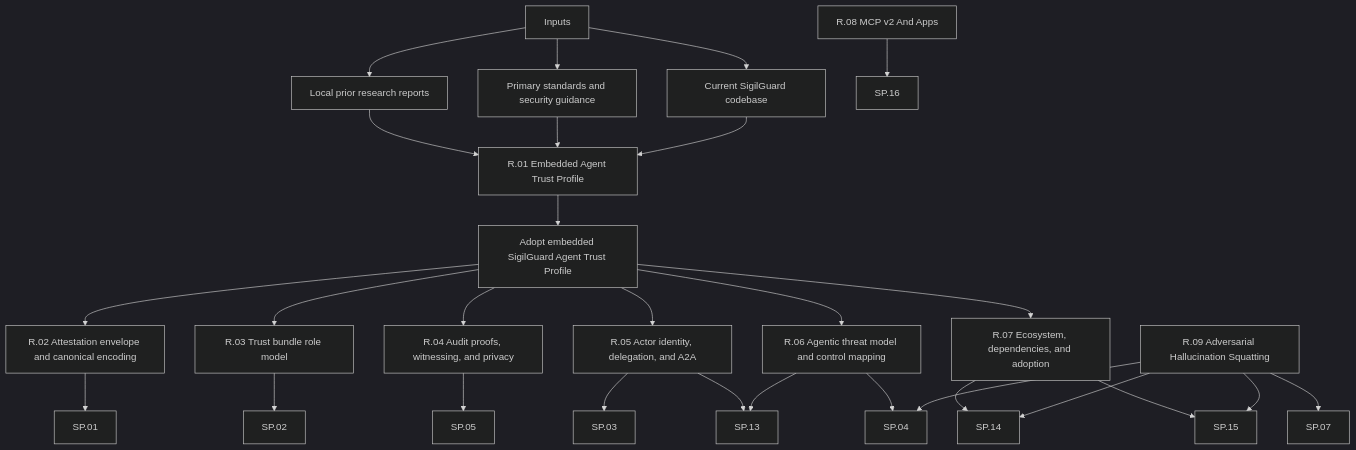
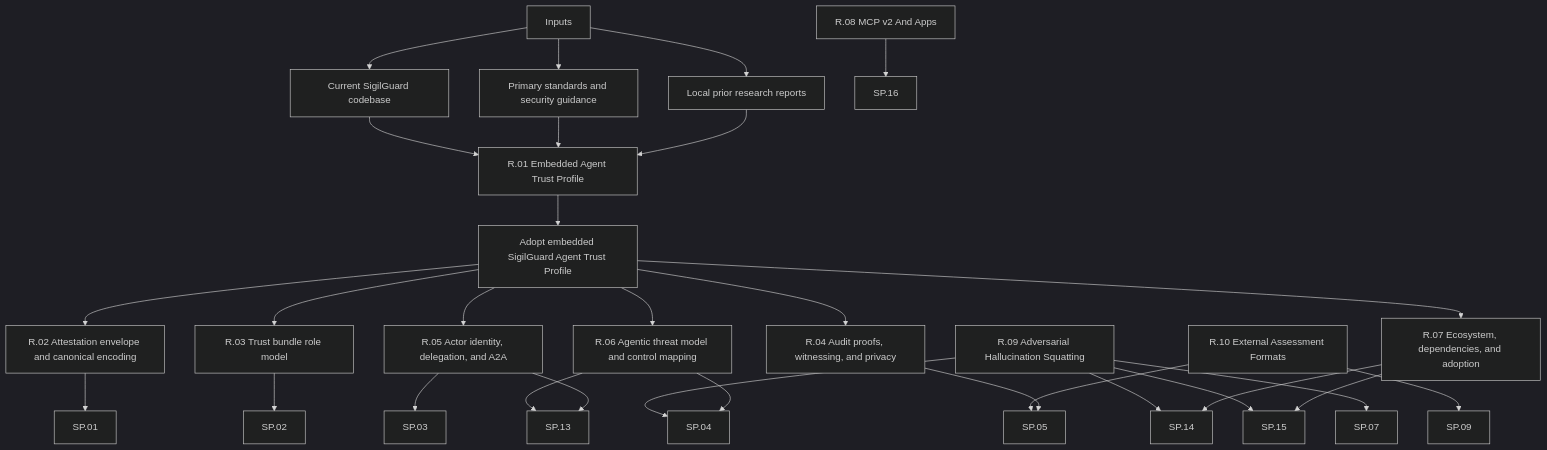
Before and after one commit to futhr/sigil_guard: the diagram in docs/research/README.md, drawn with Mermaid (dark theme). The commit also changed other lines of this file and 11 other files, not shown here.

````diff
--- a/docs/research/README.md
+++ b/docs/research/README.md
@@ -9,37 +9,40 @@
 ```mermaid
 flowchart TD
     Inputs[Inputs]
     Inputs --> Reports[Local prior research reports]
     Inputs --> Standards[Primary standards and security guidance]
     Inputs --> Code[Current SigilGuard codebase]
 
     Reports --> R01[R.01 Embedded Agent Trust Profile]
     Standards --> R01
     Code --> R01
 
     R01 --> Decision[Adopt embedded SigilGuard Agent Trust Profile]
 
     Decision --> R02[R.02 Attestation envelope and canonical encoding]
     Decision --> R03[R.03 Trust bundle role model]
     Decision --> R04[R.04 Audit proofs, witnessing, and privacy]
     Decision --> R05[R.05 Actor identity, delegation, and A2A]
     Decision --> R06[R.06 Agentic threat model and control mapping]
     Decision --> R07[R.07 Ecosystem, dependencies, and adoption]
 
     R02 --> SP01[SP.01]
     R03 --> SP02[SP.02]
     R05 --> SP03[SP.03]
     R06 --> SP04[SP.04]
     R04 --> SP05[SP.05]
     R05 --> SP13[SP.13]
     R06 --> SP13
     R07 --> SP14[SP.14]
     R07 --> SP15[SP.15]
     R08[R.08 MCP v2 And Apps]
     R08 --> SP16[SP.16]
     R09[R.09 Adversarial Hallucination Squatting]
     R09 --> SP04
     R09 --> SP07[SP.07]
     R09 --> SP14
     R09 --> SP15
+    R10[R.10 External Assessment Formats]
+    R10 --> SP05
+    R10 --> SP09[SP.09]
 ```
````
